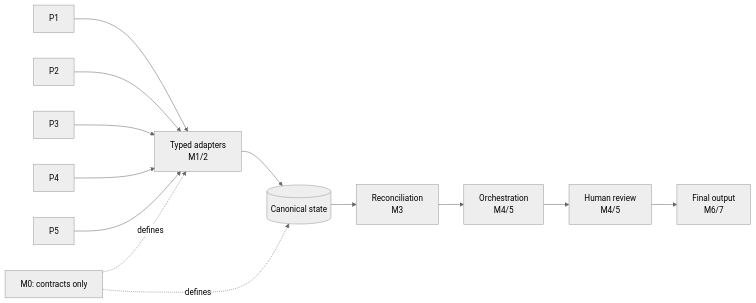
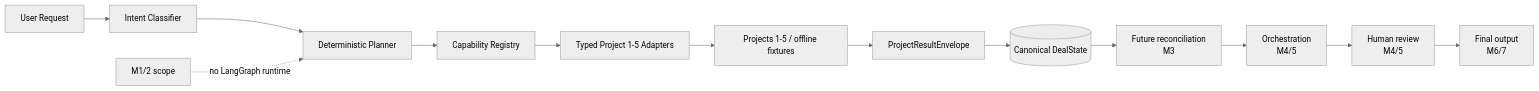
The second of 2 diagrams in 06_mna_deal_intelligence_super_agent/README.md (rishu765/mna_deal_intelligence), drawn with Mermaid (neutral theme) before and after one commit. The commit also changed other lines of this file and 22 other files, not shown here.

First line of the commit message:
Project 6 M1/2: adapters, registry, intent routing, and planning (#34)

````diff
--- a/06_mna_deal_intelligence_super_agent/README.md
+++ b/06_mna_deal_intelligence_super_agent/README.md
@@ -94,12 +142,15 @@
 ```mermaid
 flowchart LR
-    P1[P1] & P2[P2] & P3[P3] & P4[P4] & P5[P5]
-    P1 & P2 & P3 & P4 & P5 --> A[Typed adapters<br/>M1/2]
-    A --> C[(Canonical state)]
-    C --> R[Reconciliation<br/>M3]
+    U[User Request] --> I[Intent Classifier]
+    I --> PL[Deterministic Planner]
+    PL --> RG[Capability Registry]
+    RG --> A[Typed Project 1-5 Adapters]
+    A --> P[Projects 1-5 / offline fixtures]
+    P --> E[ProjectResultEnvelope]
+    E --> C[(Canonical DealState)]
+    C --> R[Future reconciliation<br/>M3]
     R --> O[Orchestration<br/>M4/5]
     O --> H[Human review<br/>M4/5]
     H --> F[Final output<br/>M6/7]
-    M0[M0: contracts only] -. defines .-> A
-    M0 -. defines .-> C
+    M[M1/2 scope] -. no LangGraph runtime .-> PL
 ```
````
